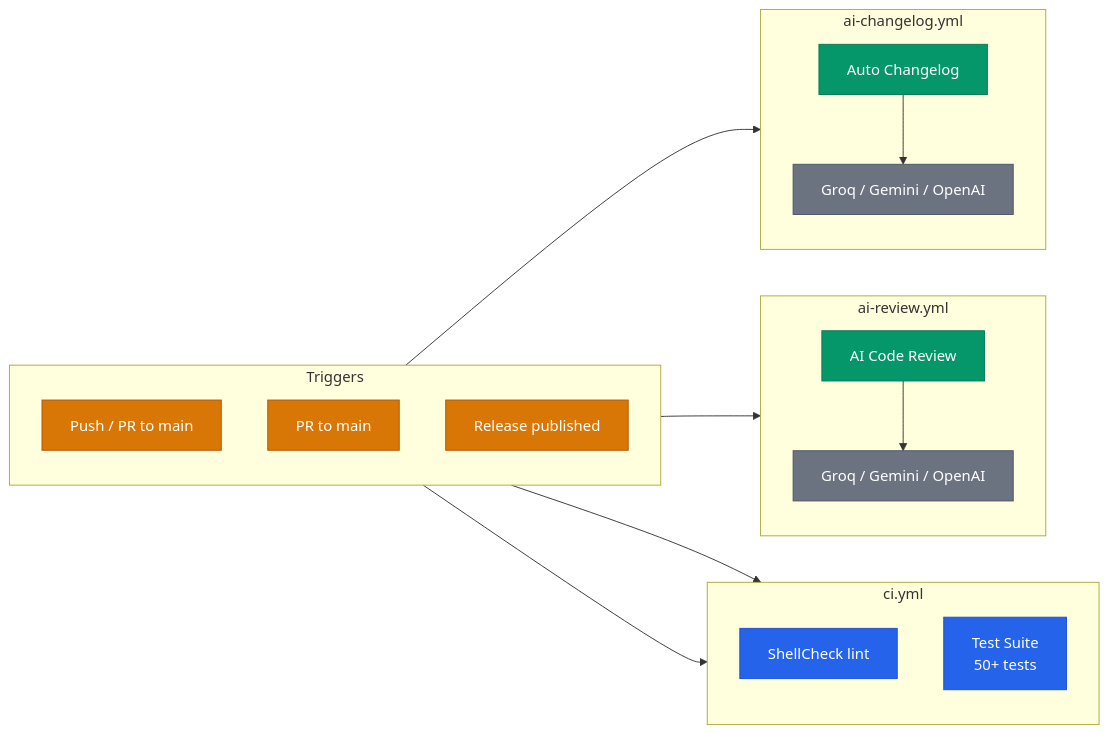
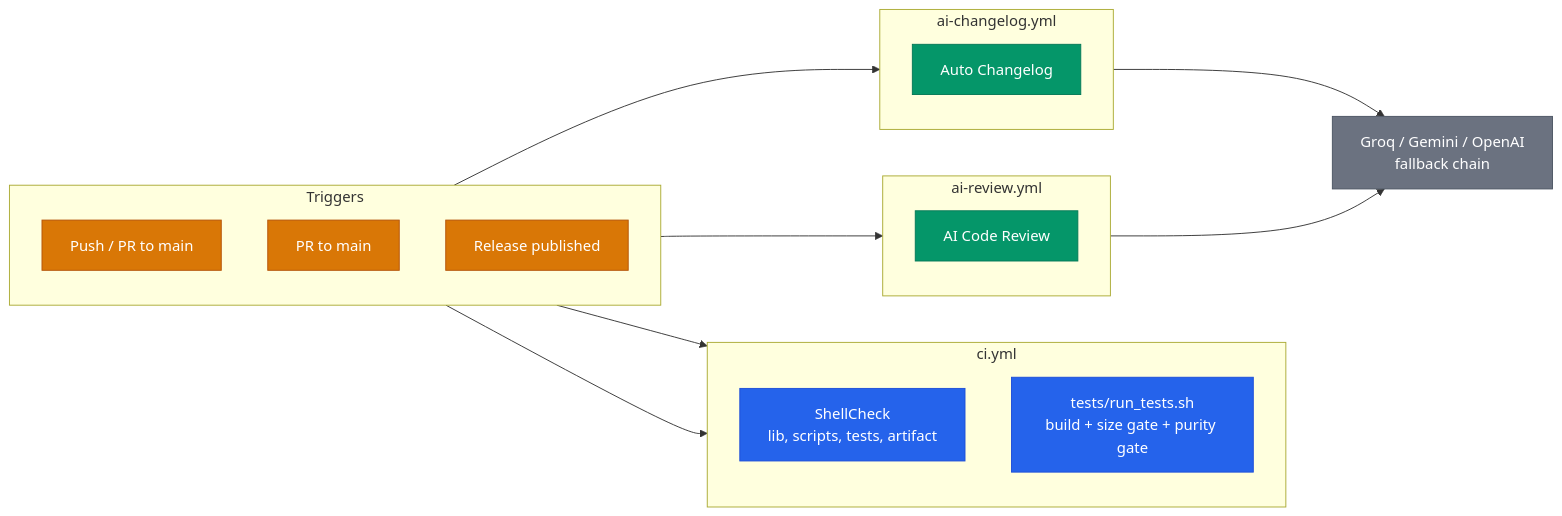
One commit to AndreaBonn/cli-image-paste changed the fifth of 5 diagrams in docs/ARCHITECTURE.md. Above: the diagram before and after it, drawn with Mermaid. The commit also changed other lines of this file and 1 other file, not shown here.

First line of the commit message:
docs(architecture): describe the generated build, not the removed monolith

````diff
--- a/docs/ARCHITECTURE.md
+++ b/docs/ARCHITECTURE.md
@@ -177,45 +328,45 @@
 ```mermaid
 %%{init: {'theme': 'default'}}%%
 graph LR
   subgraph triggers["Triggers"]
     direction TB
     push_pr["Push / PR to main"]
     pr_only["PR to main"]
     release["Release published"]
   end
 
   subgraph ci_workflow["ci.yml"]
     direction TB
-    shellcheck["ShellCheck lint"]
-    test_suite["Test Suite<br/>50+ tests"]
+    shellcheck["ShellCheck<br/>lib, scripts, tests, artifact"]
+    test_suite["tests/run_tests.sh<br/>build + size gate + purity gate"]
   end
 
   subgraph review_workflow["ai-review.yml"]
     direction TB
     ai_review["AI Code Review"]
-    providers["Groq / Gemini / OpenAI"]
   end
 
   subgraph changelog_workflow["ai-changelog.yml"]
     direction TB
     ai_changelog["Auto Changelog"]
-    changelog_providers["Groq / Gemini / OpenAI"]
   end
+
+  providers["Groq / Gemini / OpenAI<br/>fallback chain"]
 
   push_pr --> shellcheck
   push_pr --> test_suite
   pr_only --> ai_review
+  release --> ai_changelog
   ai_review --> providers
-  release --> ai_changelog
-  ai_changelog --> changelog_providers
+  ai_changelog --> providers
 
   classDef core fill:#2563eb,stroke:#1d4ed8,color:#fff
   classDef data fill:#d97706,stroke:#b45309,color:#fff
   classDef ext fill:#6b7280,stroke:#4b5563,color:#fff
   classDef engine fill:#059669,stroke:#047857,color:#fff
 
   class push_pr,pr_only,release data
   class shellcheck,test_suite core
   class ai_review,ai_changelog engine
-  class providers,changelog_providers ext
+  class providers ext
 ```
````
